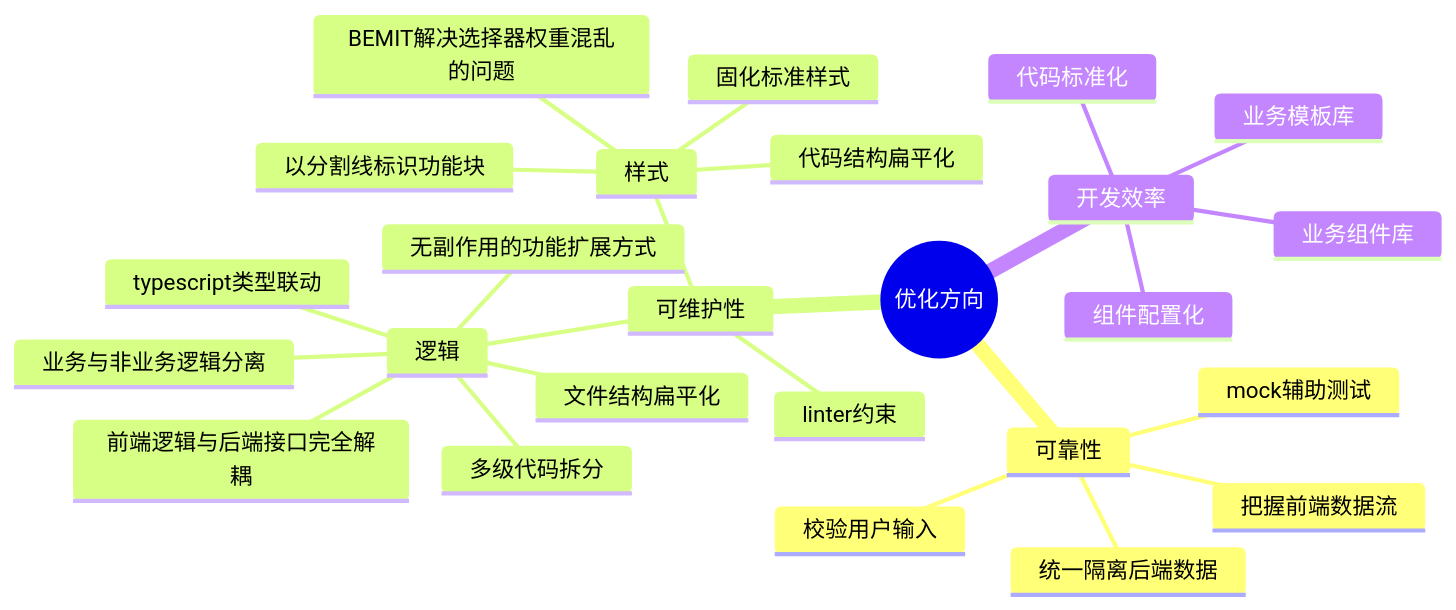
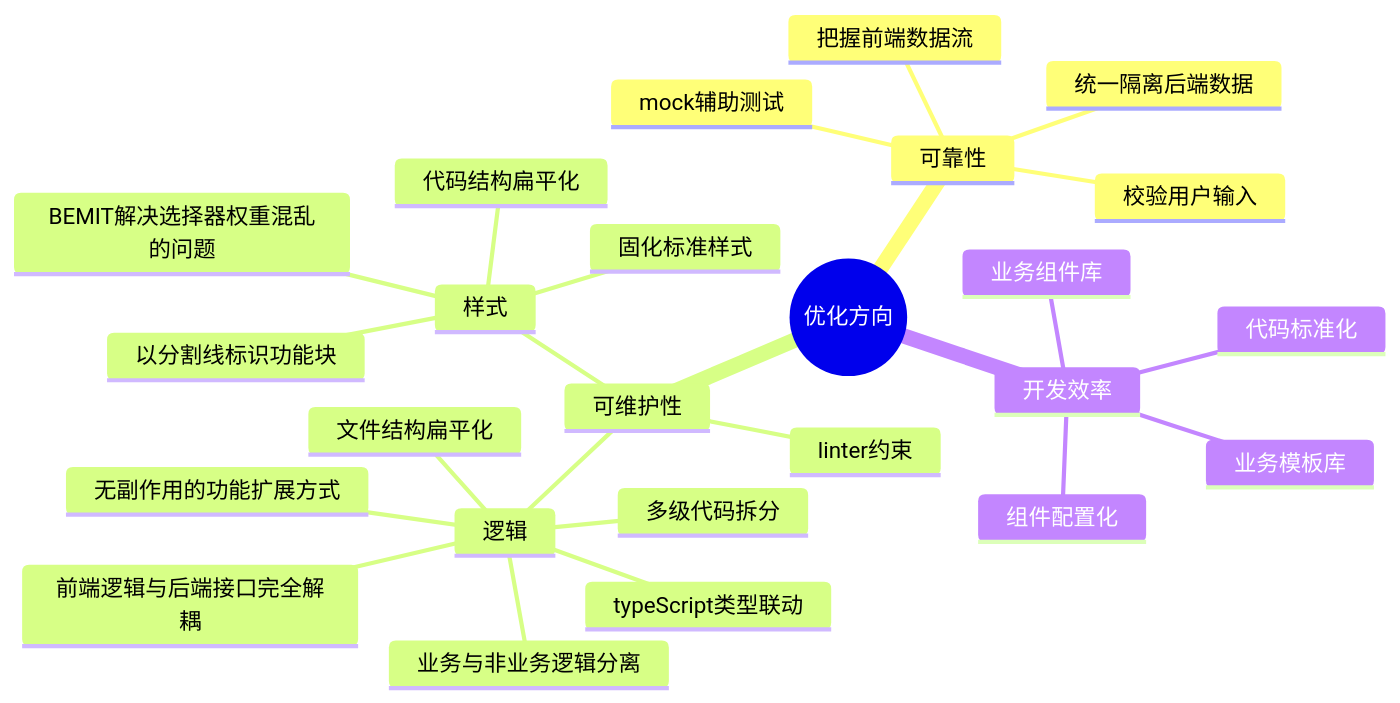
Before and after one commit to niuiic/vue-fusion: the first of 2 diagrams in README.md, drawn with Mermaid. The commit also changed other lines of this file, not shown here.

````diff
--- a/README.md
+++ b/README.md
@@ -11,28 +11,28 @@
 ```mermaid
 mindmap
     root((优化方向))
         可靠性
             统一隔离后端数据
             校验用户输入
             把握前端数据流
             mock辅助测试
         可维护性
             逻辑
                 文件结构扁平化
                 无副作用的功能扩展方式
                 多级代码拆分
                 业务与非业务逻辑分离
                 前端逻辑与后端接口完全解耦
-                typescript类型联动
+                typeScript类型联动
             样式
                 固化标准样式
                 代码结构扁平化
                 BEMIT解决选择器权重混乱的问题
                 以分割线标识功能块
             linter约束
         开发效率
             代码标准化
             组件配置化
             业务组件库
             业务模板库
 ```
````
